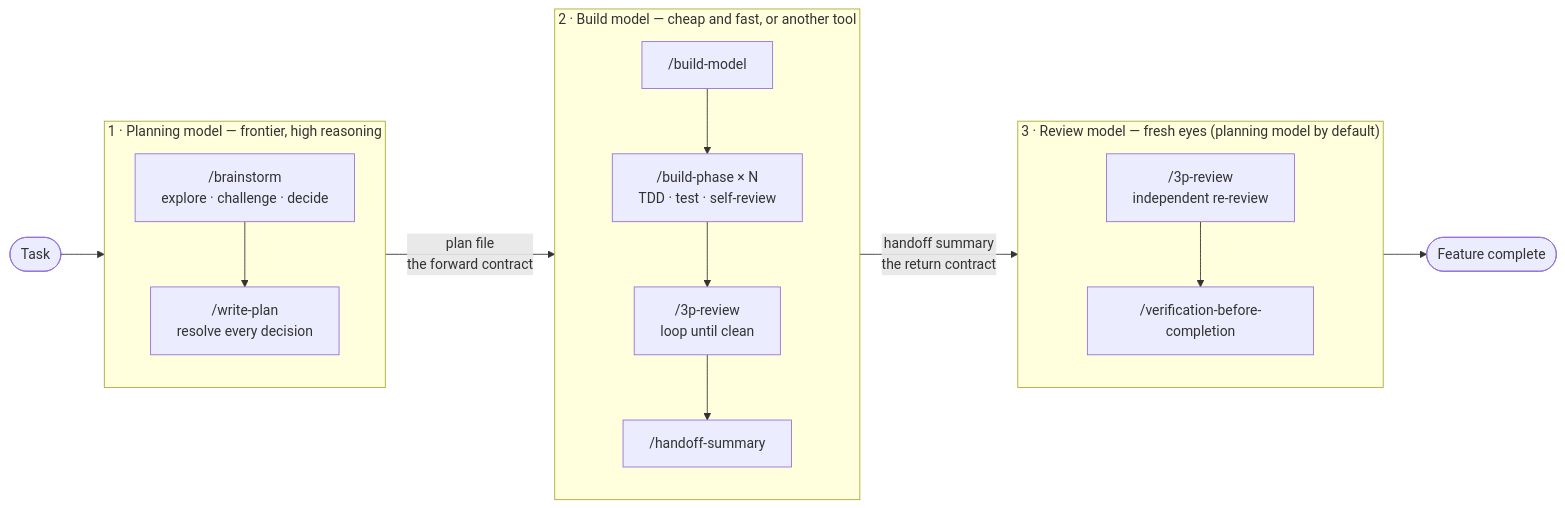
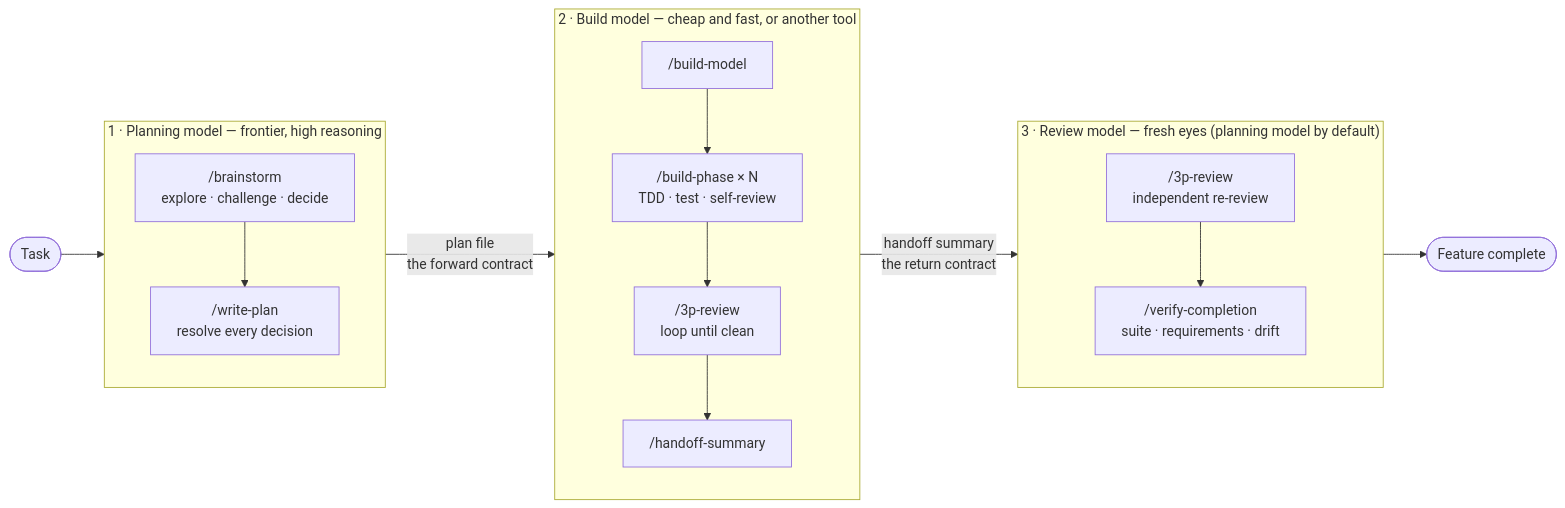
Before and after one commit to nikhilw/structured-agentic-workflow: the diagram in docs/multi-model.md, drawn with Mermaid. The commit also changed other lines of this file and 7 other files, not shown here.

````diff
--- a/docs/multi-model.md
+++ b/docs/multi-model.md
@@ -73,27 +73,27 @@
 ```mermaid
 flowchart LR
     Start([Task]) --> P
 
     subgraph P ["1 · Planning model — frontier, high reasoning"]
         direction TB
         P1["/brainstorm<br/>explore · challenge · decide"] --> P2["/write-plan<br/>resolve every decision"]
     end
 
     P -->|"plan file<br/>the forward contract"| B
 
     subgraph B ["2 · Build model — cheap and fast, or another tool"]
         direction TB
         B1["/build-model"] --> B2["/build-phase × N<br/>TDD · test · self-review"]
         B2 --> B3["/3p-review<br/>loop until clean"]
         B3 --> B4["/handoff-summary"]
     end
 
     B -->|"handoff summary<br/>the return contract"| R
 
     subgraph R ["3 · Review model — fresh eyes (planning model by default)"]
         direction TB
-        R1["/3p-review<br/>independent re-review"] --> R2["/verification-before-completion"]
+        R1["/3p-review<br/>independent re-review"] --> R2["/verify-completion<br/>suite · requirements · drift"]
     end
 
     R --> Done([Feature complete])
 ```
````
